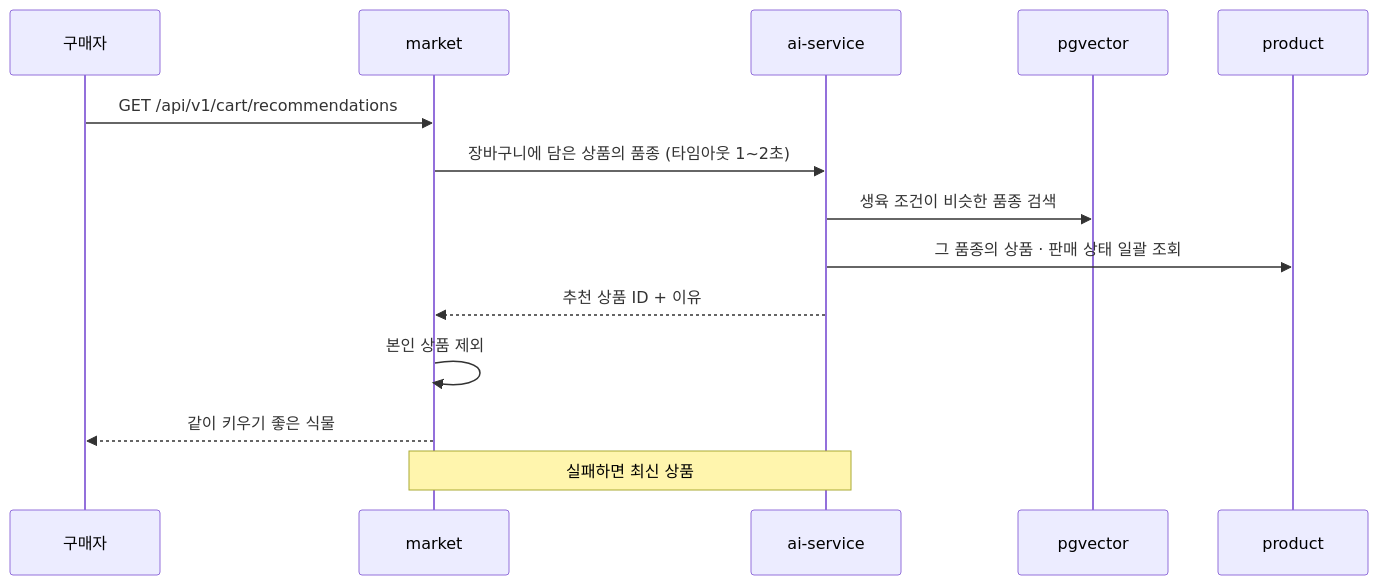
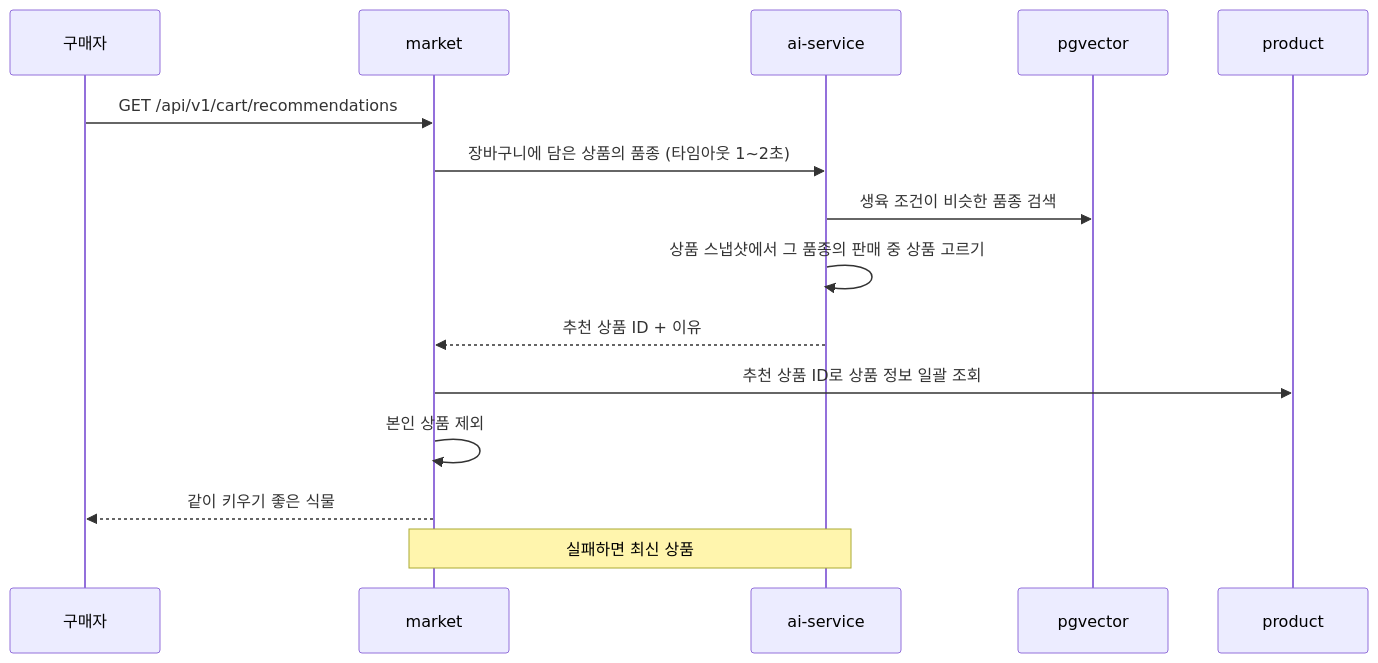
Before and after one commit to prgrms-be-adv-devcourse/beadv8_8_JustCommit_BE: the diagram in docs/flows/search-recommend.md, drawn with Mermaid. The commit also changed other lines of this file and 9 other files, not shown here.

````diff
--- a/docs/flows/search-recommend.md
+++ b/docs/flows/search-recommend.md
@@ -39,16 +39,17 @@
 ```mermaid
 sequenceDiagram
     participant U as 구매자
     participant M as market
     participant AI as ai-service
     participant V as pgvector
     participant PR as product
     U->>M: GET /api/v1/cart/recommendations
     M->>AI: 장바구니에 담은 상품의 품종 (타임아웃 1~2초)
     AI->>V: 생육 조건이 비슷한 품종 검색
-    AI->>PR: 그 품종의 상품 · 판매 상태 일괄 조회
+    AI->>AI: 상품 스냅샷에서 그 품종의 판매 중 상품 고르기
     AI-->>M: 추천 상품 ID + 이유
+    M->>PR: 추천 상품 ID로 상품 정보 일괄 조회
     M->>M: 본인 상품 제외
     M-->>U: 같이 키우기 좋은 식물
     Note over M,AI: 실패하면 최신 상품
 ```
````
